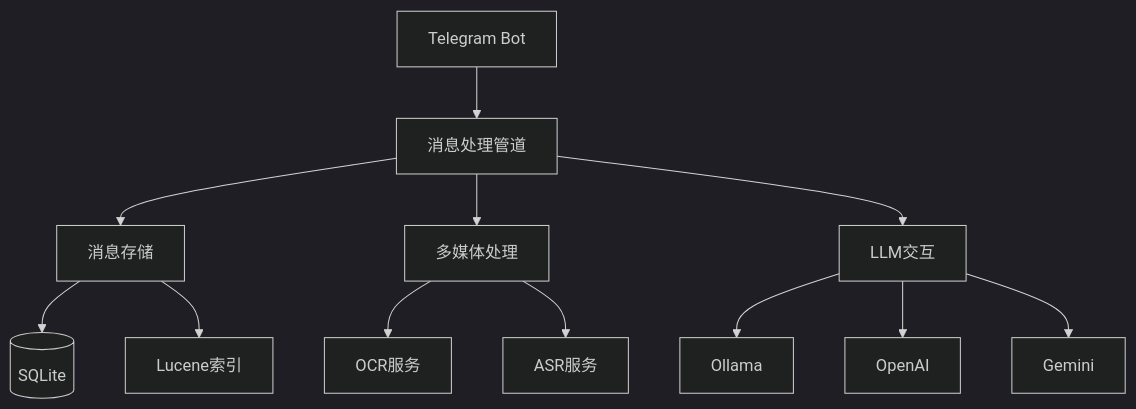
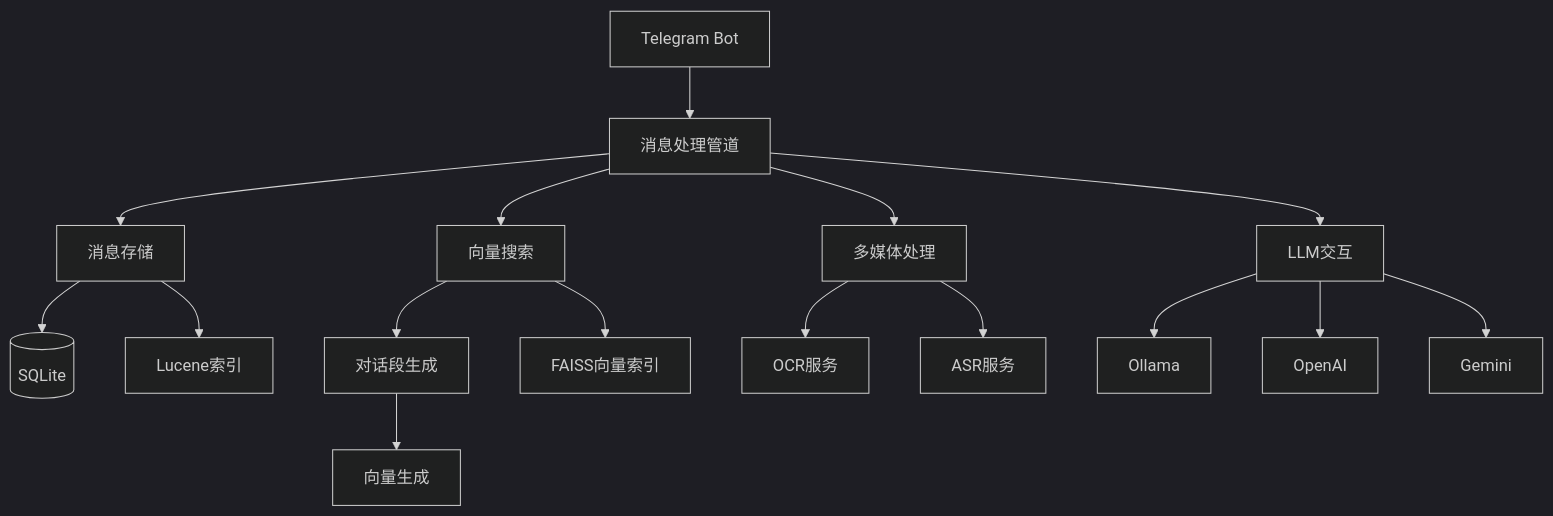
The diagram in README.md (ModerRAS/TelegramSearchBot), drawn with Mermaid (dark theme) before and after one commit. The commit also changed other lines of this file and 15 other files, not shown here.

````diff
--- a/README.md
+++ b/README.md
@@ -93,14 +99,18 @@
 ```mermaid
 graph TD
     A[Telegram Bot] --> B[消息处理管道]
     B --> C[消息存储]
     B --> D[多媒体处理]
     B --> E[LLM交互]
-    C --> F[(SQLite)]
-    C --> G[Lucene索引]
-    D --> H[OCR服务]
-    D --> I[ASR服务]
-    E --> J[Ollama]
-    E --> K[OpenAI]
-    E --> L[Gemini]
+    B --> F[向量搜索]
+    C --> G[(SQLite)]
+    C --> H[Lucene索引]
+    F --> I[对话段生成]
+    F --> J[FAISS向量索引]
+    I --> K[向量生成]
+    D --> L[OCR服务]
+    D --> M[ASR服务]
+    E --> N[Ollama]
+    E --> O[OpenAI]
+    E --> P[Gemini]
 ```
````
